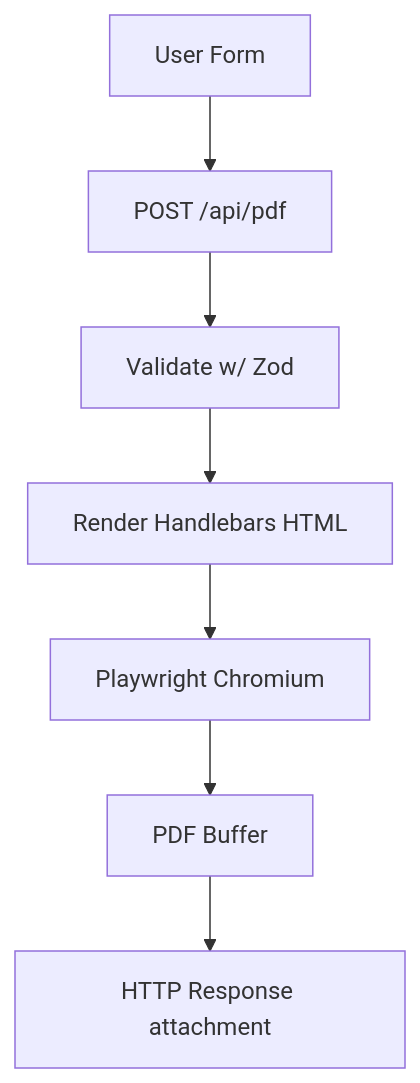
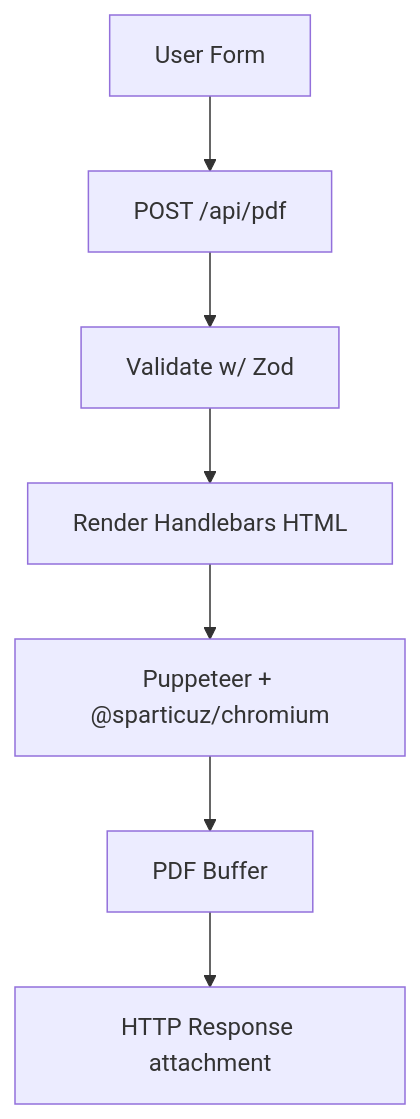
The diagram in docs/resume-builder/01-architecture.md (juchheim/civic-lifeline), drawn with Mermaid before and after one commit. The commit also changed other lines of this file and 16 other files, not shown here.

````diff
--- a/docs/resume-builder/01-architecture.md
+++ b/docs/resume-builder/01-architecture.md
@@ -5,9 +5,9 @@
 ```mermaid
 graph TD
 A[User Form] --> B[POST /api/pdf]
 B --> C[Validate w/ Zod]
 C --> D[Render Handlebars HTML]
-D --> E[Playwright Chromium]
+D --> E[Puppeteer + @sparticuz/chromium]
 E --> F[PDF Buffer]
 F --> G[HTTP Response attachment]
 ```
````
